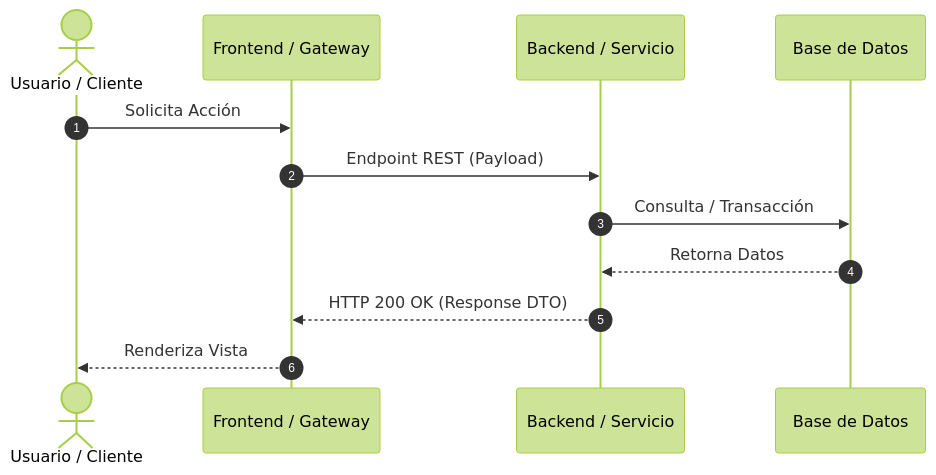
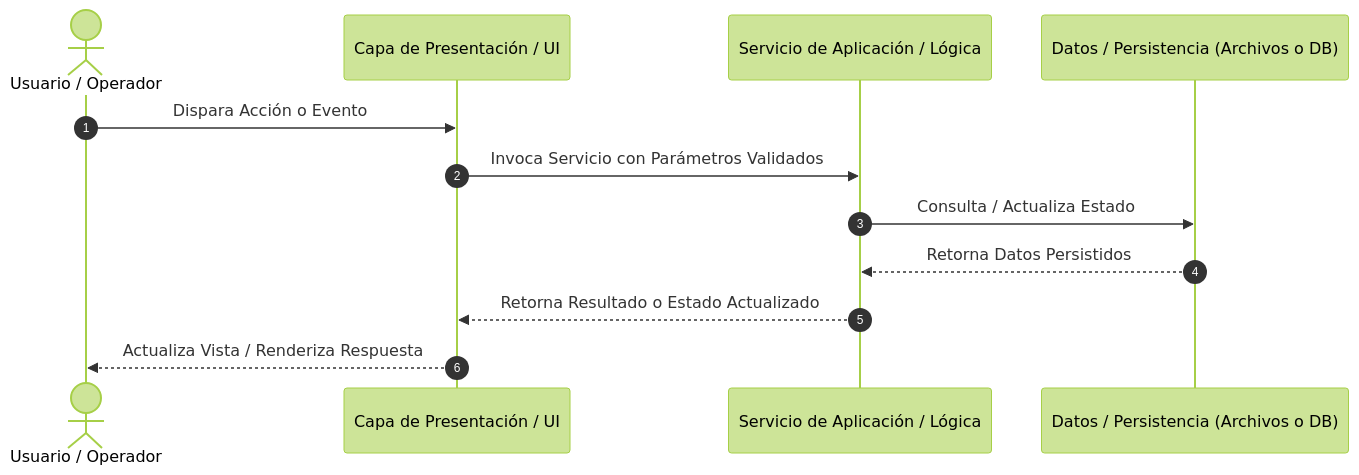
One commit to DanielHernandez627/skill_auto_management changed the diagram in templates/refinamiento-template.md. Above: the diagram before and after it, drawn with Mermaid (forest theme). The commit also changed other lines of this file and 22 other files, not shown here.

````diff
--- a/templates/refinamiento-template.md
+++ b/templates/refinamiento-template.md
@@ -14,15 +20,15 @@
 ```mermaid
 sequenceDiagram
     autonumber
-    actor U as Usuario / Cliente
-    participant FE as Frontend / Gateway
-    participant BE as Backend / Servicio
-    participant DB as Base de Datos
+    actor U as Usuario / Operador
+    participant UI as Capa de Presentación / UI
+    participant S as Servicio de Aplicación / Lógica
+    participant D as Datos / Persistencia (Archivos o DB)
 
-    U->>FE: Solicita Acción
-    FE->>BE: Endpoint REST (Payload)
-    BE->>DB: Consulta / Transacción
-    DB-->>BE: Retorna Datos
-    BE-->>FE: HTTP 200 OK (Response DTO)
-    FE-->>U: Renderiza Vista
+    U->>UI: Dispara Acción o Evento
+    UI->>S: Invoca Servicio con Parámetros Validados
+    S->>D: Consulta / Actualiza Estado
+    D-->>S: Retorna Datos Persistidos
+    S-->>UI: Retorna Resultado o Estado Actualizado
+    UI-->>U: Actualiza Vista / Renderiza Respuesta
 ```
````
